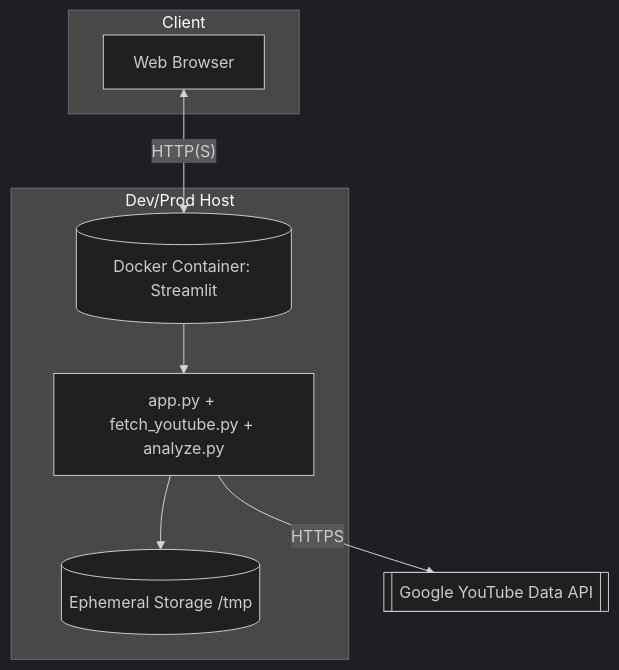
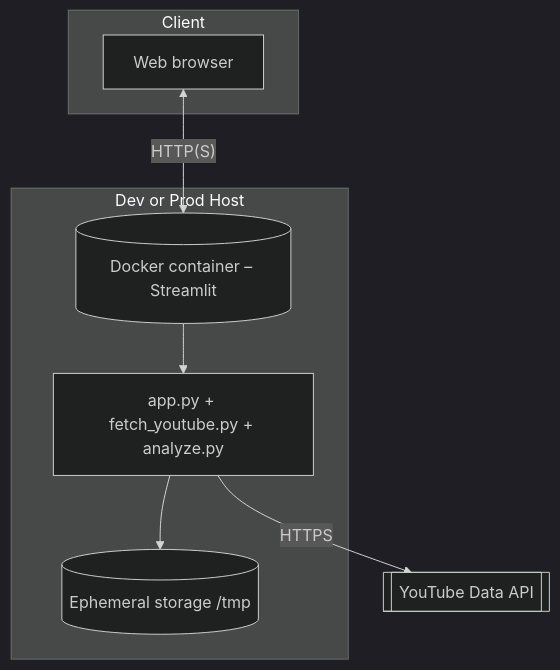
One commit to scornsaber/Comment_Analyzer changed the eighth of 8 diagrams in README.md. Above: the diagram before and after it, drawn with Mermaid (dark theme). The commit also changed other lines of this file, not shown here.

````diff
--- a/README.md
+++ b/README.md
@@ -139,17 +141,17 @@
 ```mermaid
 flowchart TB
     subgraph Client
-        BR[Web Browser]
+        BR[Web browser]
     end
 
-    subgraph Host[Dev/Prod Host]
-        CNT[(Docker Container: Streamlit)]
+    subgraph Host[Dev or Prod Host]
+        CNT[(Docker container – Streamlit)]
         SRV[app.py + fetch_youtube.py + analyze.py]
-        TMP[(Ephemeral Storage /tmp)]
+        TMP[(Ephemeral storage /tmp)]
     end
 
-    BR <--HTTP(S)--> CNT
+    BR <-- HTTP(S) --> CNT
     CNT --> SRV
     SRV --> TMP
-    SRV -->|HTTPS| GAPI[[Google YouTube Data API]]
+    SRV -->|HTTPS| GAPI[[YouTube Data API]]
 ```
````
